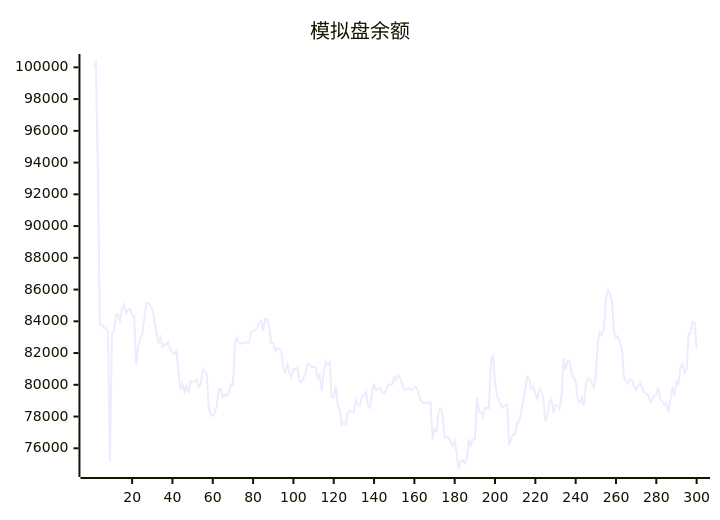
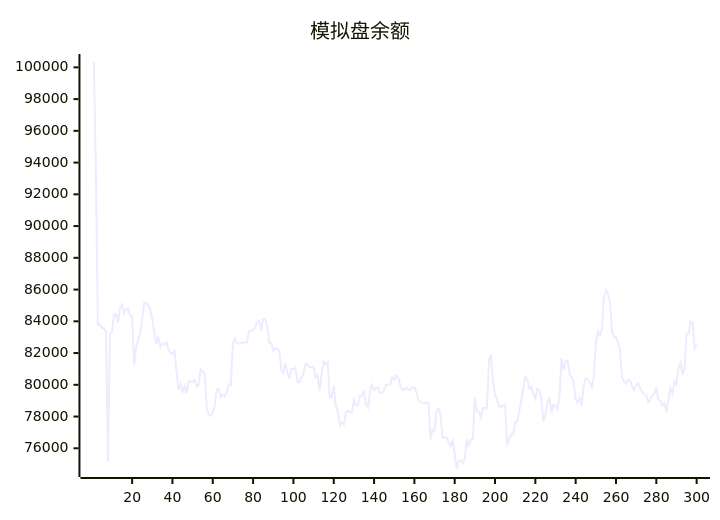
The diagram in README.md (aahl/ai-trading), drawn with Mermaid before and after one commit. The commit also changed other lines of this file and 1 other file, not shown here.

````diff
--- a/README.md
+++ b/README.md
@@ -5,5 +5,5 @@
 ```mermaid
 xychart
     title "模拟盘余额"
-    line [100113,100337,93749,83795,83807,83567,83567,83342,75168,83222,83336,84448,84449,83896,84839,85065,84499,84757,84757,84364,84347,81254,82385,82835,83184,84099,85150,85150,85002,84751,84096,83356,82582,82983,82404,82572,82512,82688,82200,82047,81920,82125,80840,79688,80060,79552,79920,79470,80236,80208,80170,80336,79894,80006,80954,80837,80712,78561,78139,78037,78293,78682,79720,79720,79214,79372,79279,79591,80046,79993,82625,82950,82626,82571,82633,82670,82670,82681,83386,83378,83464,83579,83920,84037,83402,84160,84142,83652,82655,82655,82145,82315,82243,82163,80934,80770,81371,80742,80468,80989,80989,81067,80191,80155,80450,80737,81309,81309,81106,81119,81119,80471,80631,79624,80670,81448,81290,81429,79212,79222,79940,78643,78380,77432,77623,77504,78235,78358,78284,78277,79048,78714,78714,79290,79308,79567,78763,78563,79603,79988,79652,79813,79813,79476,79469,79673,79995,80015,80015,80486,80314,80600,80436,79966,79689,79689,79819,79692,79692,79850,79850,79518,79071,78889,78850,78850,78878,78878,76554,77202,77103,78357,78510,78106,76678,76677,76672,76411,76159,76485,75656,74695,75197,75246,75052,75334,76564,76179,76553,76551,79196,78300,78300,77944,78531,78531,78521,81564,81884,80160,79335,79055,78675,78580,78708,78764,76179,76586,76902,76876,77658,77669,78346,79023,79769,80497,80366,79761,79896,79448,79126,79749,79658,79097,77695,78114,78888,79126,78249,78738,78653,78478,79271,81680,80923,81488,81527,80681,80455,80190,79084,78879,79193,78686,79954,80403,80374,80118,79848,80491,82665,83351,83098,83525,85430,85983,85737,85221,83378,83014,83043,82613,82216,80477,80208,80081,80348,80277,79894,79670,79965,80093,79786,79542,79406,79371,78893,79087,79304,79406,79841,79072,78978,78696,78846,78272,79085,79787,79442,80198,80031,81120,81379,80718,80985,83214,83212,83993,83921,82270]
+    line [100337,93749,83795,83807,83567,83567,83342,75168,83222,83336,84448,84449,83896,84839,85065,84499,84757,84757,84364,84347,81254,82385,82835,83184,84099,85150,85150,85002,84751,84096,83356,82582,82983,82404,82572,82512,82688,82200,82047,81920,82125,80840,79688,80060,79552,79920,79470,80236,80208,80170,80336,79894,80006,80954,80837,80712,78561,78139,78037,78293,78682,79720,79720,79214,79372,79279,79591,80046,79993,82625,82950,82626,82571,82633,82670,82670,82681,83386,83378,83464,83579,83920,84037,83402,84160,84142,83652,82655,82655,82145,82315,82243,82163,80934,80770,81371,80742,80468,80989,80989,81067,80191,80155,80450,80737,81309,81309,81106,81119,81119,80471,80631,79624,80670,81448,81290,81429,79212,79222,79940,78643,78380,77432,77623,77504,78235,78358,78284,78277,79048,78714,78714,79290,79308,79567,78763,78563,79603,79988,79652,79813,79813,79476,79469,79673,79995,80015,80015,80486,80314,80600,80436,79966,79689,79689,79819,79692,79692,79850,79850,79518,79071,78889,78850,78850,78878,78878,76554,77202,77103,78357,78510,78106,76678,76677,76672,76411,76159,76485,75656,74695,75197,75246,75052,75334,76564,76179,76553,76551,79196,78300,78300,77944,78531,78531,78521,81564,81884,80160,79335,79055,78675,78580,78708,78764,76179,76586,76902,76876,77658,77669,78346,79023,79769,80497,80366,79761,79896,79448,79126,79749,79658,79097,77695,78114,78888,79126,78249,78738,78653,78478,79271,81680,80923,81488,81527,80681,80455,80190,79084,78879,79193,78686,79954,80403,80374,80118,79848,80491,82665,83351,83098,83525,85430,85983,85737,85221,83378,83014,83043,82613,82216,80477,80208,80081,80348,80277,79894,79670,79965,80093,79786,79542,79406,79371,78893,79087,79304,79406,79841,79072,78978,78696,78846,78272,79085,79787,79442,80198,80031,81120,81379,80718,80985,83214,83212,83993,83921,82270,82547]
 ```
````
